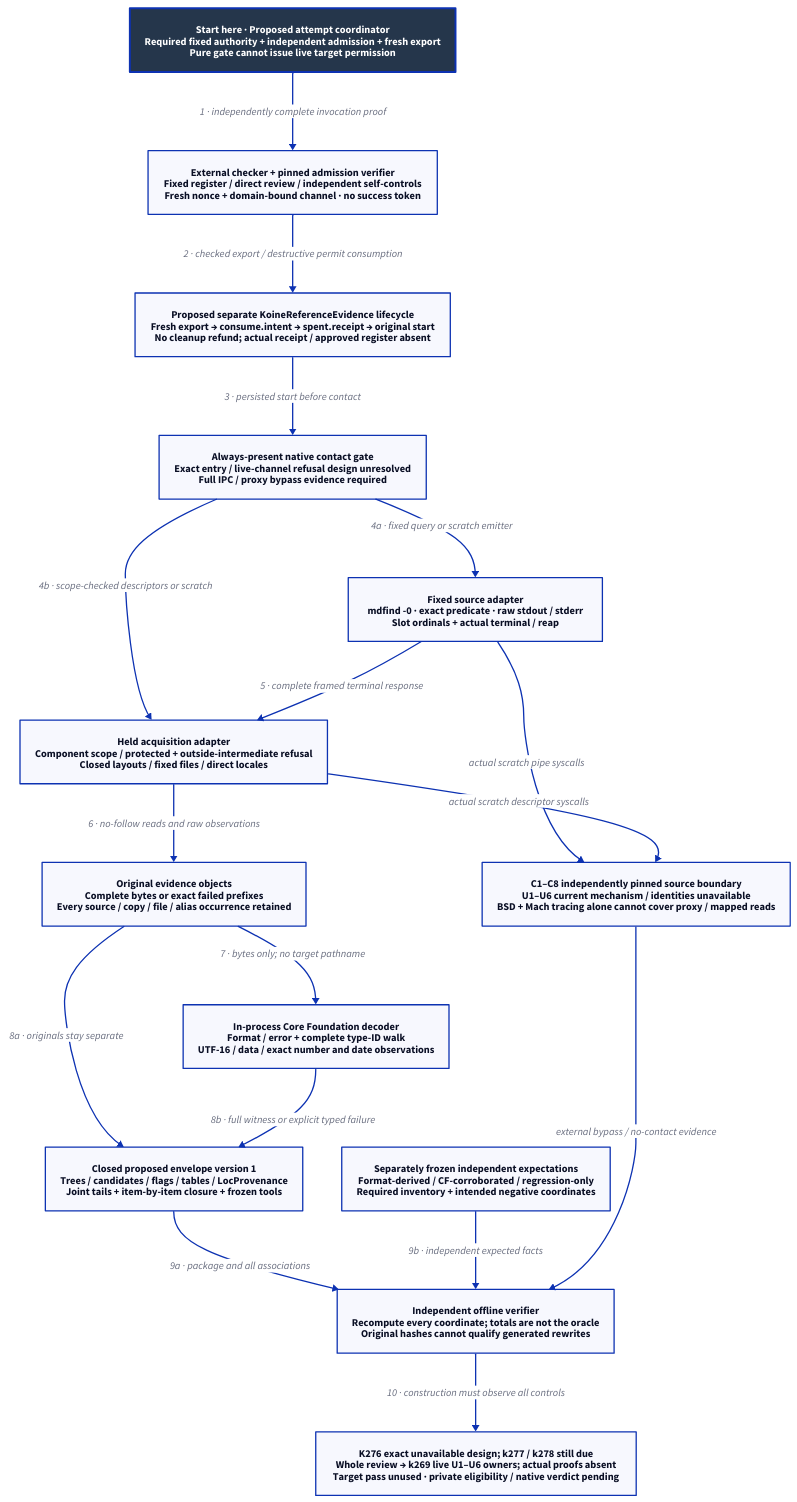
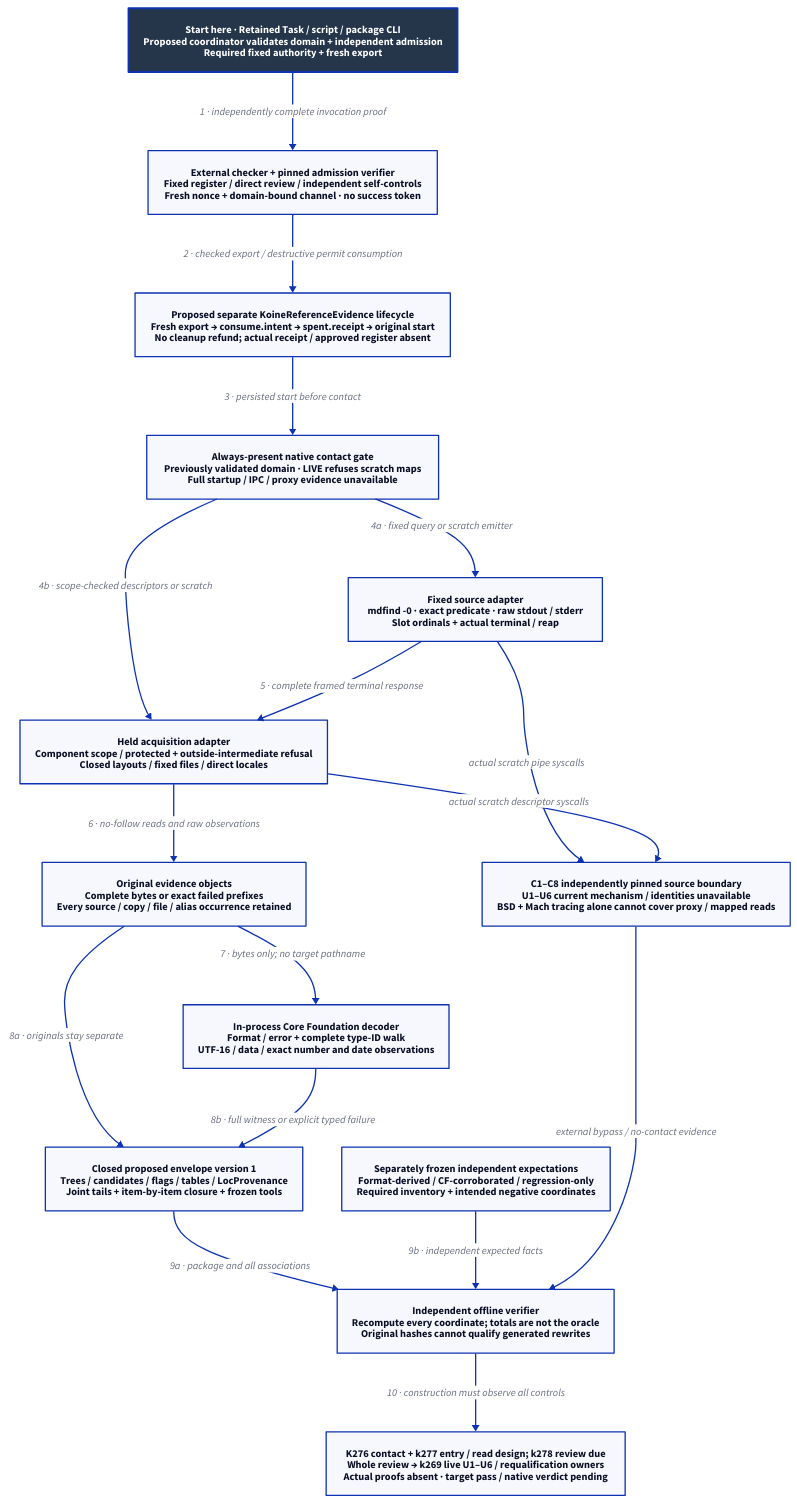
The diagram in docs/design/architecture/native-reference-instrument.d2 (Linkuistics/Koine), drawn with D2 before and after one commit. The commit also changed 16 other files, not shown here.

Commit message:
Define retained packaging and runtime closure (reference-evidence-packaging-runtime-closure-k277)

```diff
--- a/docs/design/architecture/native-reference-instrument.d2
+++ b/docs/design/architecture/native-reference-instrument.d2
@@ -1,34 +1,34 @@
 # Proposed evidence-tool components; none is implemented or qualified by this design.
 direction: down
 classes: {
   start: {style: {fill: "#25364B"; font-color: "#FFFFFF"; bold: true; stroke-width: 3}}
 }
-Start: "Start here · Proposed attempt coordinator\nRequired fixed authority + independent admission + fresh export\nPure gate cannot issue live target permission" {class: start}
+Start: "Start here · Retained Task / script / package CLI\nProposed coordinator validates domain + independent admission\nRequired fixed authority + fresh export" {class: start}
 Admission: "External checker + pinned admission verifier\nFixed register / direct review / independent self-controls\nFresh nonce + domain-bound channel · no success token"
 Authority: "Proposed separate KoineReferenceEvidence lifecycle\nFresh export → consume.intent → spent.receipt → original start\nNo cleanup refund; actual receipt / approved register absent"
-Gate: "Always-present native contact gate\nExact entry / live-channel refusal design unresolved\nFull IPC / proxy bypass evidence required"
+Gate: "Always-present native contact gate\nPreviously validated domain · LIVE refuses scratch maps\nFull startup / IPC / proxy evidence unavailable"
 Source: "Fixed source adapter\nmdfind -0 · exact predicate · raw stdout / stderr\nSlot ordinals + actual terminal / reap"
 Held: "Held acquisition adapter\nComponent scope / protected + outside-intermediate refusal\nClosed layouts / fixed files / direct locales"
 Objects: "Original evidence objects\nComplete bytes or exact failed prefixes\nEvery source / copy / file / alias occurrence retained"
 Decoder: "In-process Core Foundation decoder\nFormat / error + complete type-ID walk\nUTF-16 / data / exact number and date observations"
 Envelope: "Closed proposed envelope version 1\nTrees / candidates / flags / tables / LocProvenance\nJoint tails + item-by-item closure + frozen tools"
 Oracle: "Separately frozen independent expectations\nFormat-derived / CF-corroborated / regression-only\nRequired inventory + intended negative coordinates"
 Observer: "C1–C8 independently pinned source boundary\nU1–U6 current mechanism / identities unavailable\nBSD + Mach tracing alone cannot cover proxy / mapped reads"
 Verifier: "Independent offline verifier\nRecompute every coordinate; totals are not the oracle\nOriginal hashes cannot qualify generated rewrites"
-Boundary: "K276 exact unavailable design; k277 / k278 still due\nWhole review → k269 live U1–U6 owners; actual proofs absent\nTarget pass unused · private eligibility / native verdict pending"
+Boundary: "K276 contact + k277 entry / read design; k278 review due\nWhole review → k269 live U1–U6 / requalification owners\nActual proofs absent · target pass / native verdict pending"
 Start -> Admission: "1 · independently complete invocation proof"
 Admission -> Authority: "2 · checked export / destructive permit consumption"
 Authority -> Gate: "3 · persisted start before contact"
 Gate -> Source: "4a · fixed query or scratch emitter"
 Gate -> Held: "4b · scope-checked descriptors or scratch"
 Source -> Held: "5 · complete framed terminal response"
 Held -> Objects: "6 · no-follow reads and raw observations"
 Objects -> Decoder: "7 · bytes only; no target pathname"
 Objects -> Envelope: "8a · originals stay separate"
 Decoder -> Envelope: "8b · full witness or explicit typed failure"
 Envelope -> Verifier: "9a · package and all associations"
 Oracle -> Verifier: "9b · independent expected facts"
 Source -> Observer: "actual scratch pipe syscalls"
 Held -> Observer: "actual scratch descriptor syscalls"
 Observer -> Verifier: "external bypass / no-contact evidence"
 Verifier -> Boundary: "10 · construction must observe all controls"
```
